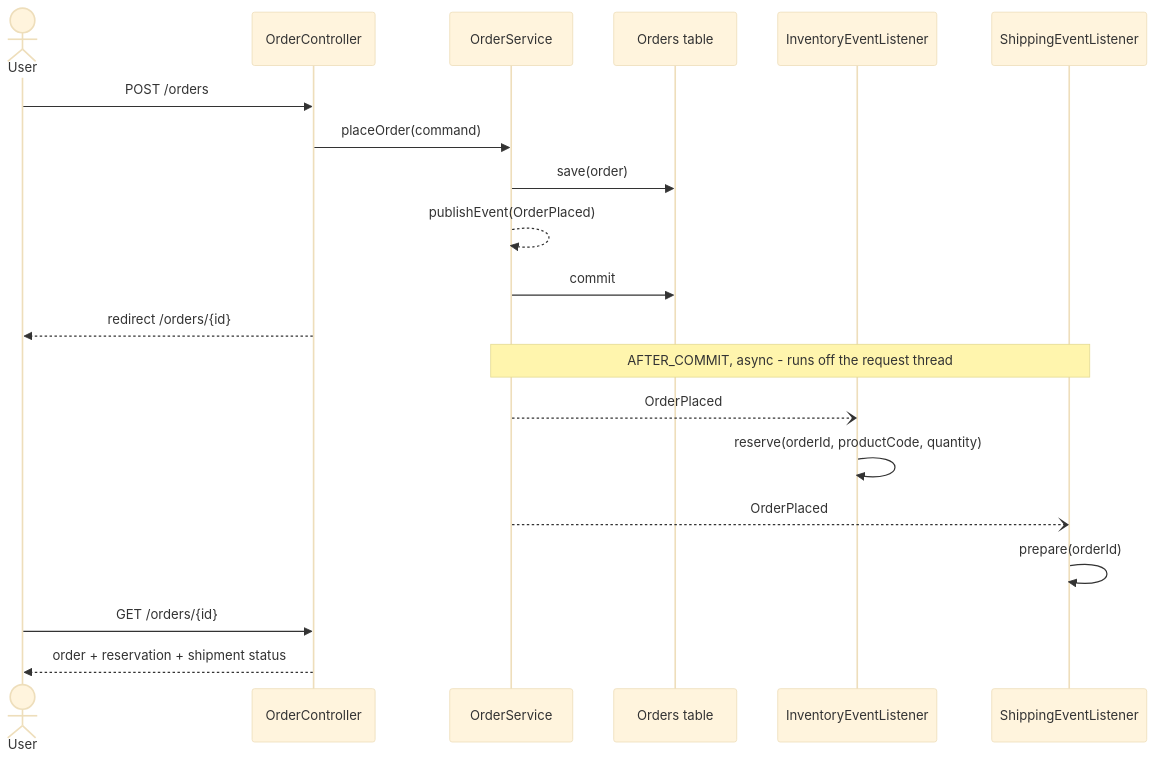
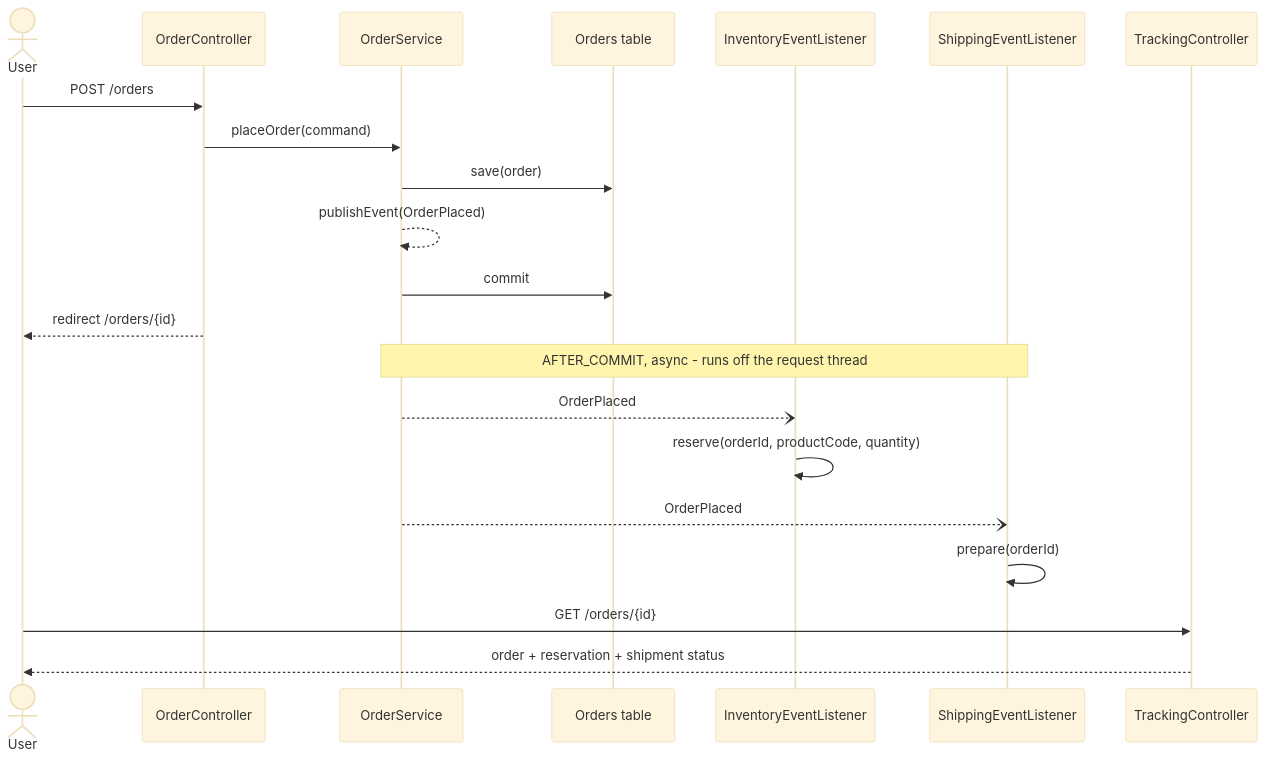
One commit to natsaros7/orderplacementwithevents changed the diagram in README.md. Above: the diagram before and after it, drawn with Mermaid (base theme). The commit also changed other lines of this file and 17 other files, not shown here.

````diff
--- a/README.md
+++ b/README.md
@@ -17,25 +19,26 @@
 ```mermaid
 sequenceDiagram
     actor User
-    participant Controller as OrderController
+    participant OrderController
     participant OrderService
     participant DB as Orders table
     participant Inventory as InventoryEventListener
     participant Shipping as ShippingEventListener
+    participant TrackingController
 
-    User->>Controller: POST /orders
-    Controller->>OrderService: placeOrder(command)
+    User->>OrderController: POST /orders
+    OrderController->>OrderService: placeOrder(command)
     OrderService->>DB: save(order)
     OrderService-->>OrderService: publishEvent(OrderPlaced)
     OrderService->>DB: commit
-    Controller-->>User: redirect /orders/{id}
+    OrderController-->>User: redirect /orders/{id}
 
     Note over OrderService,Shipping: AFTER_COMMIT, async - runs off the request thread
     OrderService--)Inventory: OrderPlaced
     Inventory->>Inventory: reserve(orderId, productCode, quantity)
     OrderService--)Shipping: OrderPlaced
     Shipping->>Shipping: prepare(orderId)
 
-    User->>Controller: GET /orders/{id}
-    Controller-->>User: order + reservation + shipment status
+    User->>TrackingController: GET /orders/{id}
+    TrackingController-->>User: order + reservation + shipment status
 ```
````
